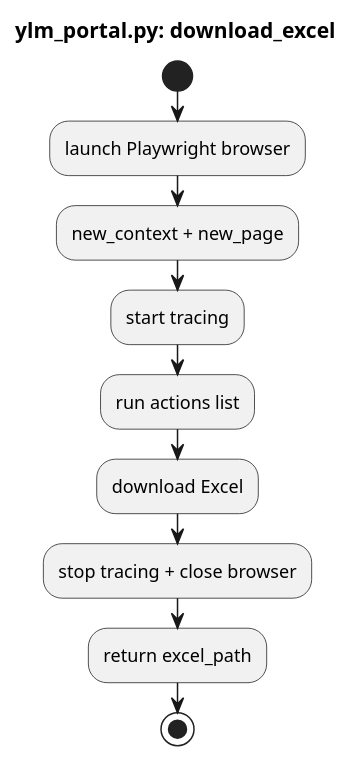
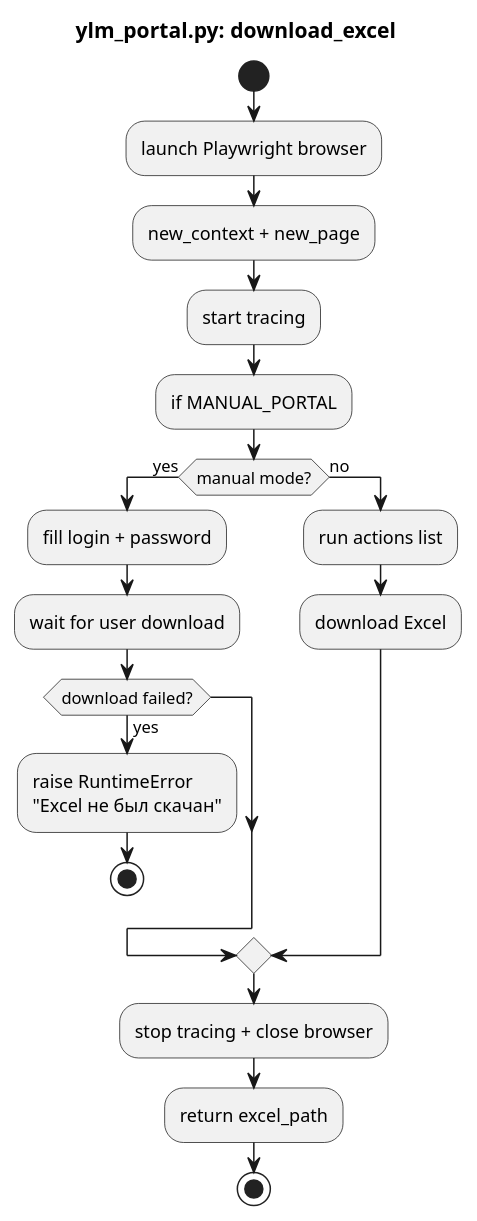
The seventh of 8 diagrams in work-hours-automation.puml (MrCode1970/work-hours-automation), drawn with PlantUML before and after one commit. The commit also changed other lines of this file and 2 other files, not shown here.

```diff
--- a/work-hours-automation.puml
+++ b/work-hours-automation.puml
@@ -145,13 +145,23 @@
 @startuml
 title ylm_portal.py: download_excel
 
 start
 :launch Playwright browser;
 :new_context + new_page;
 :start tracing;
-:run actions list;
-:download Excel;
+:if MANUAL_PORTAL;
+if (manual mode?) then (yes)
+  :fill login + password;
+  :wait for user download;
+  if (download failed?) then (yes)
+    :raise RuntimeError\n"Excel не был скачан";
+    stop
+  endif
+else (no)
+  :run actions list;
+  :download Excel;
+endif
 :stop tracing + close browser;
 :return excel_path;
 stop
 @enduml
```
